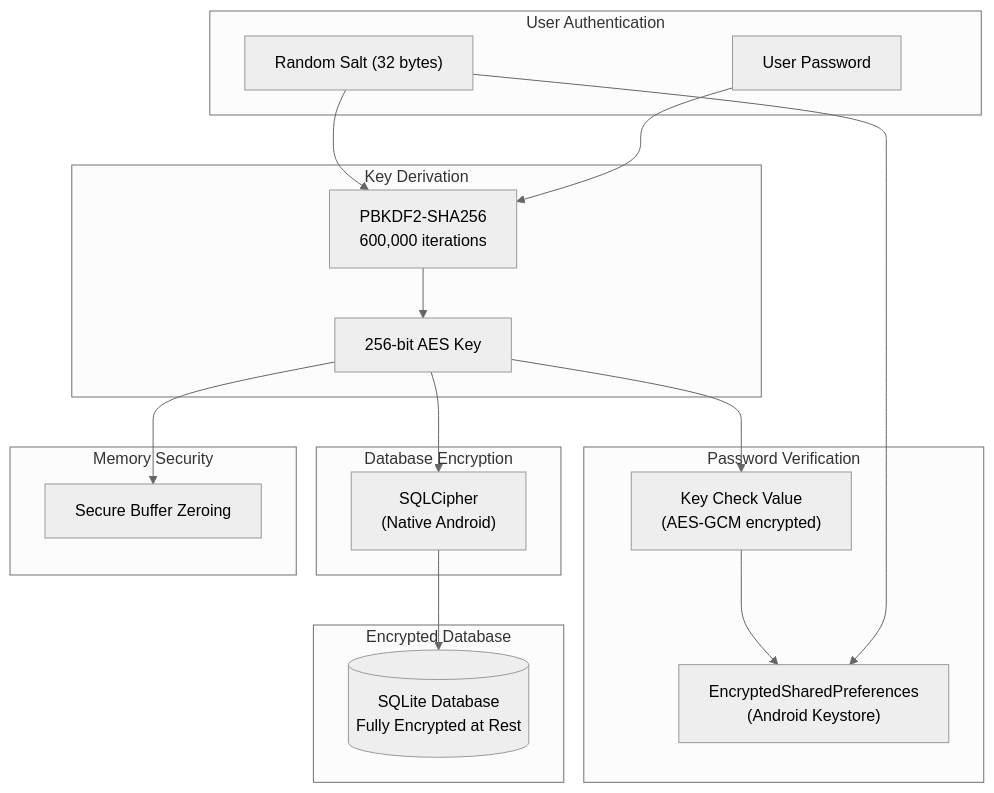
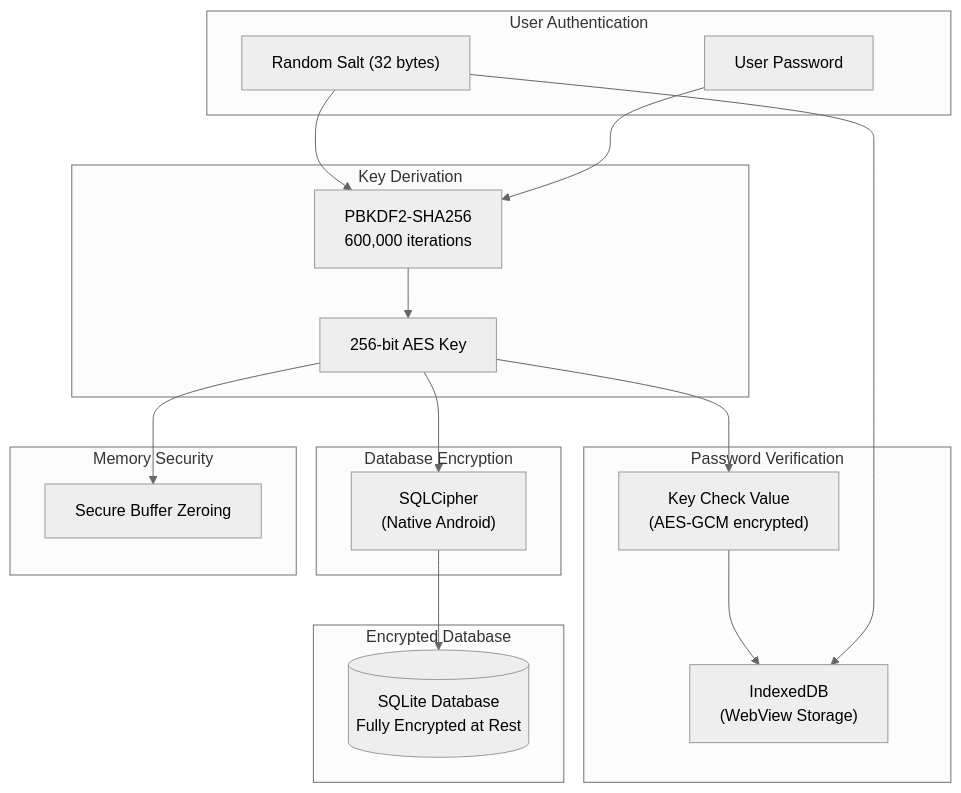
The fourth of 4 diagrams in docs/encryption-architecture.md (a2f0/tearleads), drawn with Mermaid (neutral theme) before and after one commit. The commit also changed other lines of this file, not shown here.

First line of the commit message:
docs(encryption): fix inaccurate storage descriptions

````diff
--- a/docs/encryption-architecture.md
+++ b/docs/encryption-architecture.md
@@ -133,39 +133,39 @@
 ```mermaid
 flowchart TB
     subgraph UserAuth["User Authentication"]
         PWD["User Password"]
         SALT["Random Salt (32 bytes)"]
     end
 
     subgraph KeyDerivation["Key Derivation"]
         PBKDF2["PBKDF2-SHA256<br/>600,000 iterations"]
         KEY["256-bit AES Key"]
     end
 
     subgraph Verification["Password Verification"]
         KCV["Key Check Value<br/>(AES-GCM encrypted)"]
-        STORE["EncryptedSharedPreferences<br/>(Android Keystore)"]
+        STORE["IndexedDB<br/>(WebView Storage)"]
     end
 
     subgraph Encryption["Database Encryption"]
         CIPHER["SQLCipher<br/>(Native Android)"]
     end
 
     subgraph Database["Encrypted Database"]
         DB[("SQLite Database<br/>Fully Encrypted at Rest")]
     end
 
     subgraph Security["Memory Security"]
         ZERO["Secure Buffer Zeroing"]
     end
 
     PWD --> PBKDF2
     SALT --> PBKDF2
     PBKDF2 --> KEY
     KEY --> KCV
     SALT --> STORE
     KCV --> STORE
     KEY --> CIPHER
     CIPHER --> DB
     KEY --> ZERO
 ```
````
